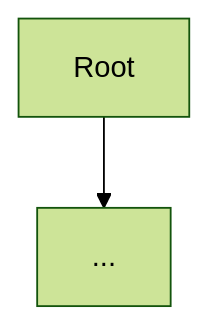
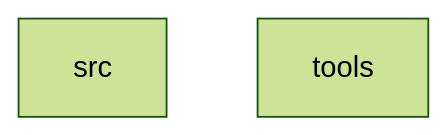
One commit to a986836755-max/Niki-docAI changed the diagram in _ARCH.md. Above: the diagram before and after it, drawn with Mermaid (forest theme). The commit also changed 24 other files, not shown here.

````diff
--- a/_ARCH.md
+++ b/_ARCH.md
@@ -10,4 +10,5 @@
 ```mermaid
 graph TD;
-    root[Root] --> ...
+    src;
+    tools;
 ```
````
